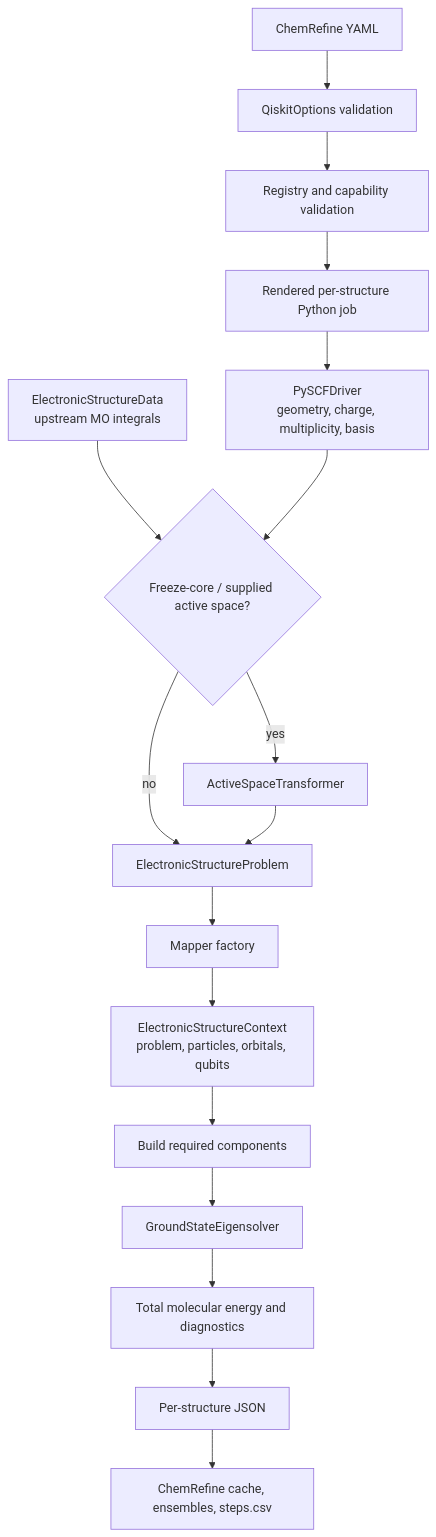
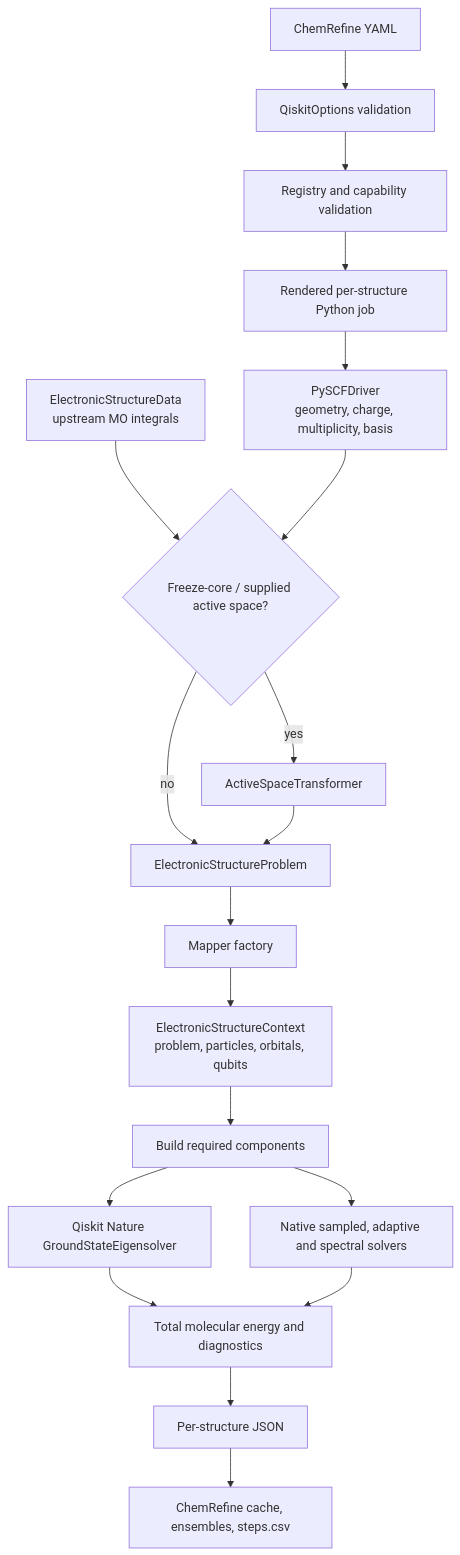
One commit to sterling-group/ChemRefine changed the first of 3 diagrams in docs/engines/qiskit.md. Above: the diagram before and after it, drawn with Mermaid. The commit also changed other lines of this file, not shown here.

Commit message:
docs(qiskit): align guide with current component contracts

````diff
--- a/docs/engines/qiskit.md
+++ b/docs/engines/qiskit.md
@@ -127,19 +128,21 @@
 ```mermaid
 flowchart TD
     YAML[ChemRefine YAML] --> OPT[QiskitOptions validation]
     OPT --> GRAPH[Registry and capability validation]
     GRAPH --> SCRIPT[Rendered per-structure Python job]
     SCRIPT --> DRIVER[PySCFDriver<br/>geometry, charge, multiplicity, basis]
     INTEGRALS[ElectronicStructureData<br/>upstream MO integrals] --> AS
     DRIVER --> AS{Freeze-core / supplied active space?}
     AS -- yes --> TRANS[ActiveSpaceTransformer]
     AS -- no --> PROBLEM[ElectronicStructureProblem]
     TRANS --> PROBLEM
     PROBLEM --> MAP[Mapper factory]
     MAP --> CTX[ElectronicStructureContext<br/>problem, particles, orbitals, qubits]
     CTX --> BUILD[Build required components]
-    BUILD --> GSE[GroundStateEigensolver]
+    BUILD --> GSE[Qiskit Nature GroundStateEigensolver]
+    BUILD --> NATIVE[Native sampled, adaptive and spectral solvers]
     GSE --> RESULT[Total molecular energy and diagnostics]
+    NATIVE --> RESULT
     RESULT --> JSON[Per-structure JSON]
     JSON --> CACHE[ChemRefine cache, ensembles, steps.csv]
 ```
````
